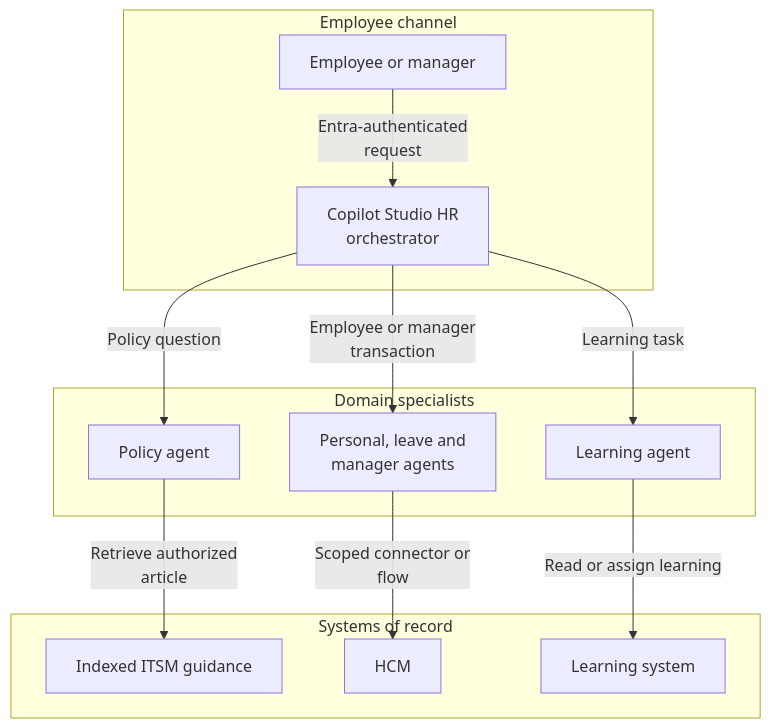
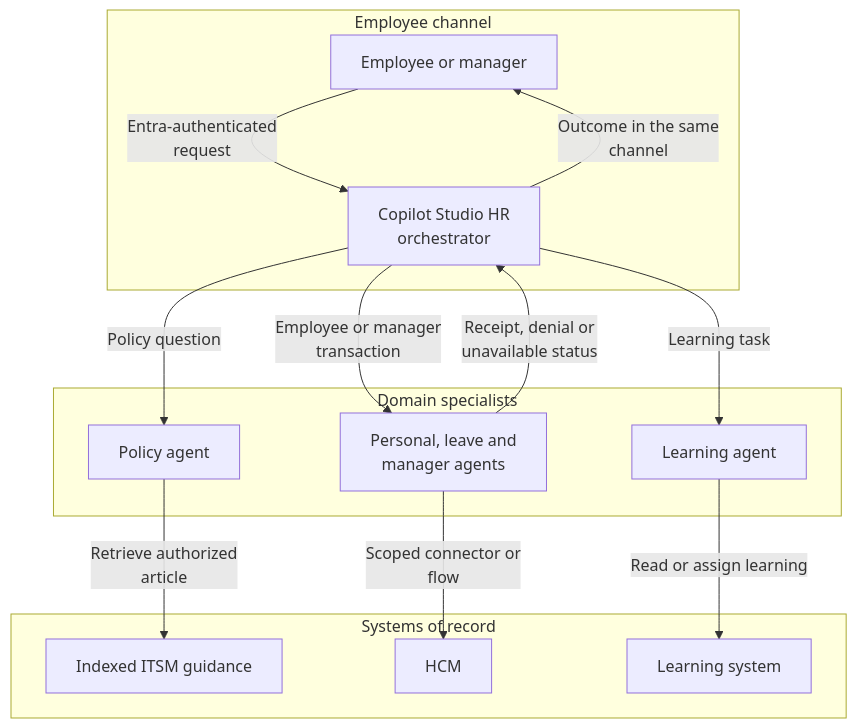
Before and after one commit to abhishek-ai-enabler/copilotstudio-architecture-patterns: the first of 2 diagrams in reference-architectures/hr-specialists.md, drawn with Mermaid. The commit also changed other lines of this file and 41 other files, not shown here.

First line of the commit message:
Review diagrams: add return paths and fix flow accuracy

````diff
--- a/reference-architectures/hr-specialists.md
+++ b/reference-architectures/hr-specialists.md
@@ -7,26 +7,28 @@
 ```mermaid
 flowchart TB
     accTitle: Route HR requests to domain-specific agents - architecture
     accDescr: Choose a specialist boundary that matches the permission boundary. Being routed to a manager specialist does not establish a manager-to-employee relationship.
     subgraph group0["Employee channel"]
         U["Employee or manager"]
         A["Copilot Studio HR<br/>orchestrator"]
     end
     subgraph group2["Domain specialists"]
         P["Policy agent"]
         T["Personal, leave and<br/>manager agents"]
         L["Learning agent"]
     end
     subgraph group5["Systems of record"]
         K["Indexed ITSM guidance"]
         H["HCM"]
         LMS["Learning system"]
     end
     U -->|"Entra-authenticated<br/>request"| A
     A -->|"Policy question"| P
     A -->|"Employee or manager<br/>transaction"| T
     A -->|"Learning task"| L
     P -->|"Retrieve authorized<br/>article"| K
     T -->|"Scoped connector or<br/>flow"| H
     L -->|"Read or assign learning"| LMS
+    T -->|"Receipt, denial or<br/>unavailable status"| A
+    A -->|"Outcome in the same<br/>channel"| U
 ```
````
